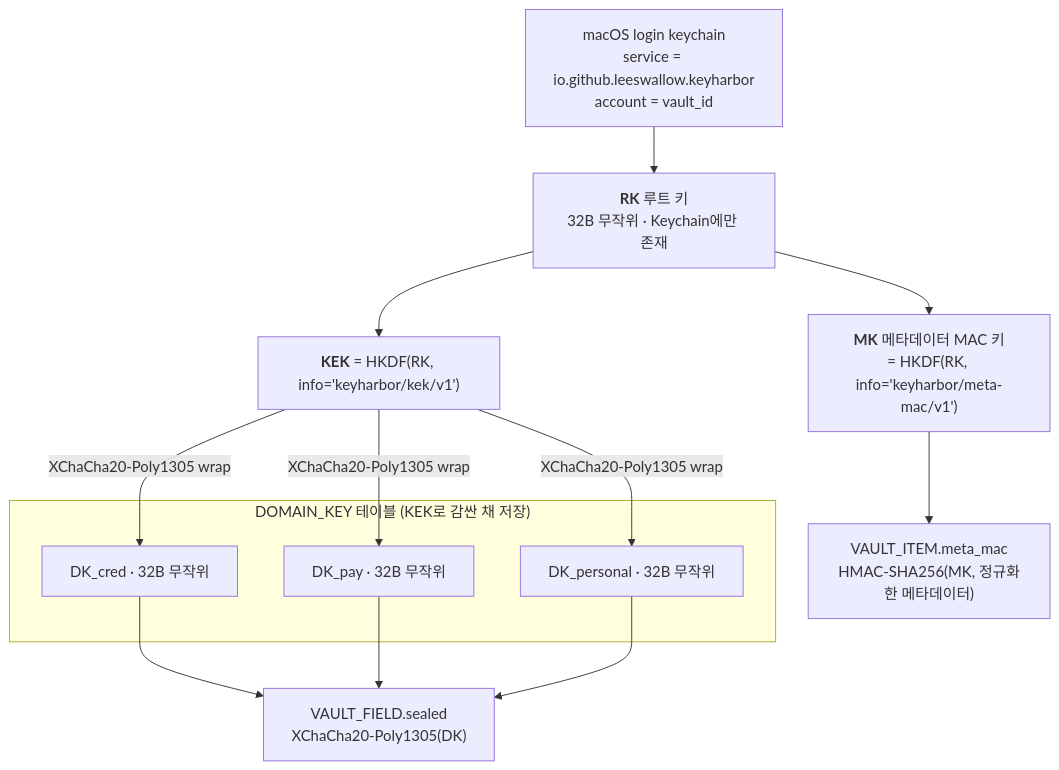
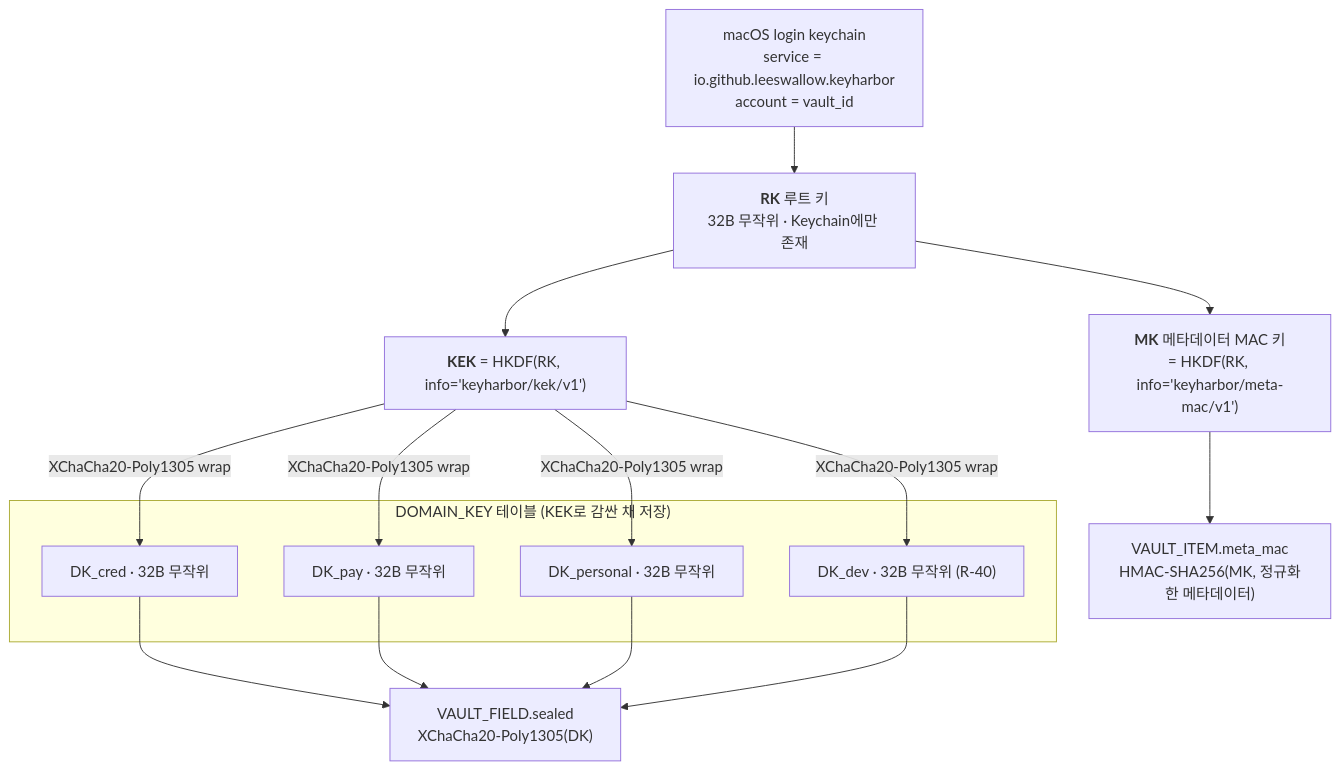
Before and after one commit to LeeSwallow/KeyHarbor: the second of 4 diagrams in docs/design/07-cryptography-design.md, drawn with Mermaid. The commit also changed other lines of this file and 135 other files, not shown here.

````diff
--- a/docs/design/07-cryptography-design.md
+++ b/docs/design/07-cryptography-design.md
@@ -118,19 +118,20 @@
 ```mermaid
 flowchart TB
   kc["macOS login keychain<br/>service = io.github.leeswallow.keyharbor<br/>account = vault_id"]
   rk["<b>RK</b> 루트 키<br/>32B 무작위 · Keychain에만 존재"]
   kek["<b>KEK</b> = HKDF(RK, info='keyharbor/kek/v1')"]
   mk["<b>MK</b> 메타데이터 MAC 키<br/>= HKDF(RK, info='keyharbor/meta-mac/v1')"]
   subgraph DKs["DOMAIN_KEY 테이블 (KEK로 감싼 채 저장)"]
     dc["DK_cred · 32B 무작위"]
     dp["DK_pay · 32B 무작위"]
     dr["DK_personal · 32B 무작위"]
+    dd["DK_dev · 32B 무작위 (R-40)"]
   end
   fields["VAULT_FIELD.sealed<br/>XChaCha20-Poly1305(DK)"]
   meta["VAULT_ITEM.meta_mac<br/>HMAC-SHA256(MK, 정규화한 메타데이터)"]
   kc --> rk
   rk --> kek & mk
-  kek -->|"XChaCha20-Poly1305 wrap"| dc & dp & dr
-  dc & dp & dr --> fields
+  kek -->|"XChaCha20-Poly1305 wrap"| dc & dp & dr & dd
+  dc & dp & dr & dd --> fields
   mk --> meta
 ```
````
